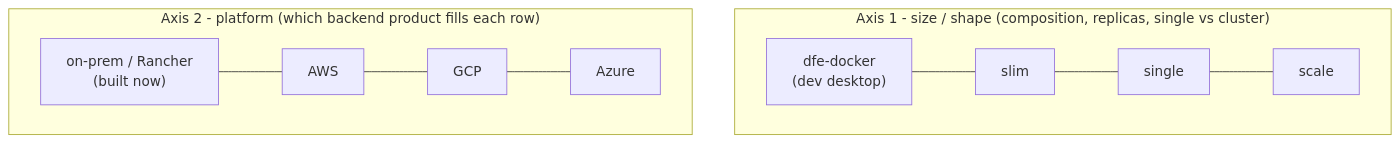
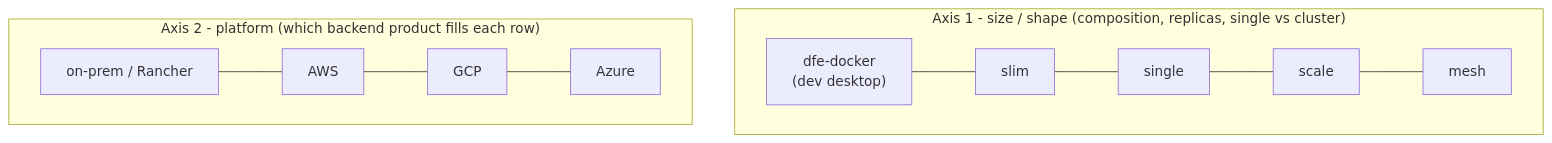
One commit to hyperi-io/dfe-engine changed the second of 4 diagrams in docs/deployment/backing-services.md. Above: the diagram before and after it, drawn with Mermaid. The commit also changed other lines of this file and 27 other files, not shown here.

````diff
--- a/docs/deployment/backing-services.md
+++ b/docs/deployment/backing-services.md
@@ -65,11 +50,11 @@
 ```mermaid
 flowchart TB
     subgraph A["Axis 1 - size / shape (composition, replicas, single vs cluster)"]
         direction LR
-        d["dfe-docker<br/>(dev desktop)"] --- s1["slim"] --- s2["single"] --- s3["scale"]
+        d["dfe-docker<br/>(dev desktop)"] --- s1["slim"] --- s2["single"] --- s3["scale"] --- s4["mesh"]
     end
     subgraph B["Axis 2 - platform (which backend product fills each row)"]
         direction LR
-        p0["on-prem / Rancher<br/>(built now)"] --- p1["AWS"] --- p2["GCP"] --- p3["Azure"]
+        p0["on-prem / Rancher"] --- p1["AWS"] --- p2["GCP"] --- p3["Azure"]
     end
 ```
````
